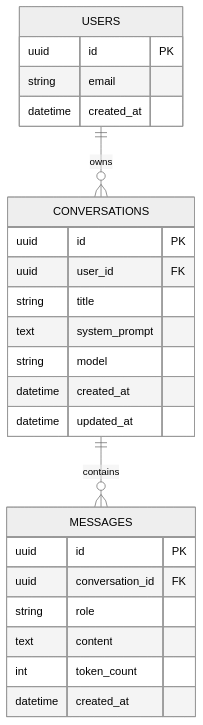
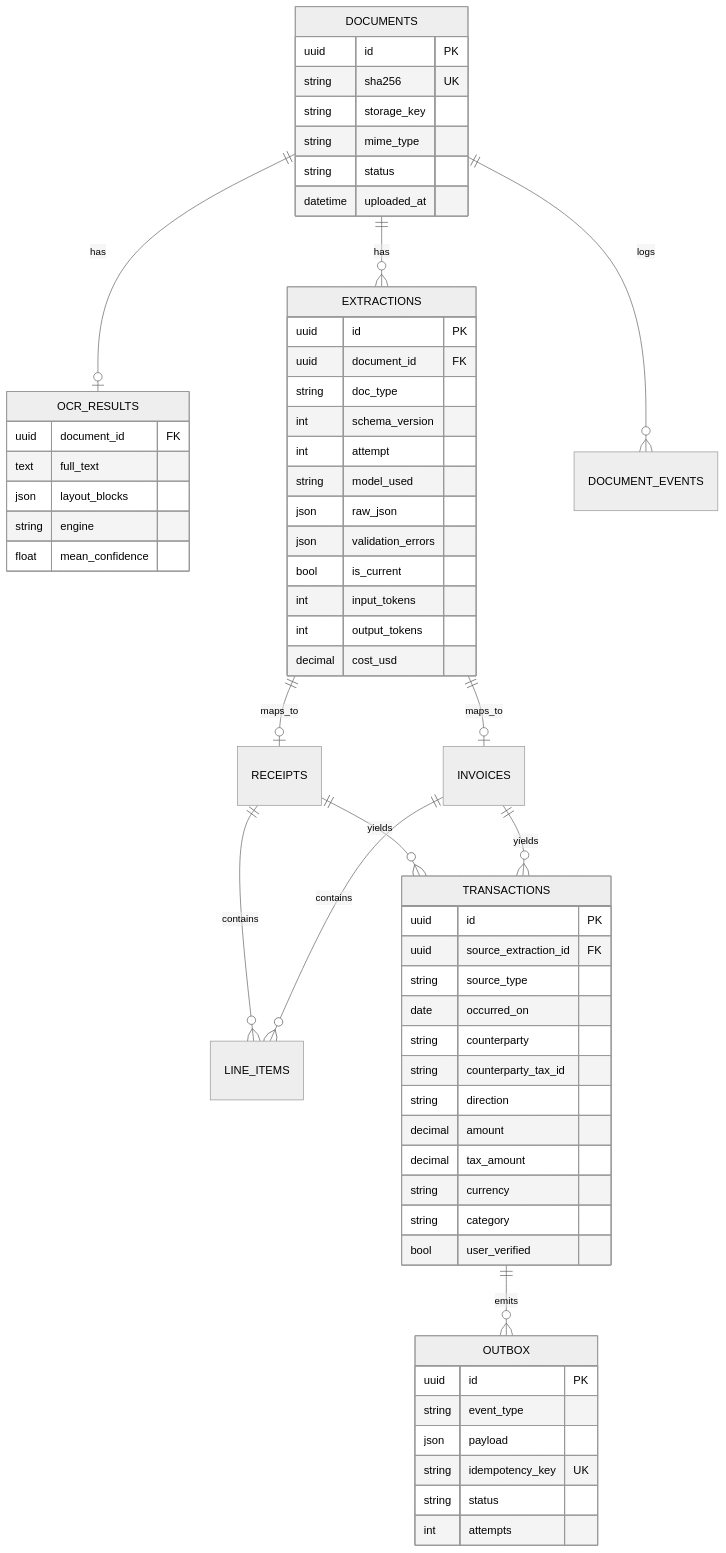
One commit to cgsellers/assistant changed the third of 3 diagrams in README.md. Above: the diagram before and after it, drawn with Mermaid (neutral theme). The commit also changed other lines of this file, not shown here.

````diff
--- a/README.md
+++ b/README.md
@@ -56,27 +109,65 @@
 ```mermaid
 erDiagram
-    USERS ||--o{ CONVERSATIONS : owns
-    CONVERSATIONS ||--o{ MESSAGES : contains
-    USERS {
+    DOCUMENTS ||--o| OCR_RESULTS : has
+    DOCUMENTS ||--o{ EXTRACTIONS : has
+    DOCUMENTS ||--o{ DOCUMENT_EVENTS : logs
+    EXTRACTIONS ||--o| RECEIPTS : maps_to
+    EXTRACTIONS ||--o| INVOICES : maps_to
+    RECEIPTS ||--o{ LINE_ITEMS : contains
+    INVOICES ||--o{ LINE_ITEMS : contains
+    RECEIPTS ||--o{ TRANSACTIONS : yields
+    INVOICES ||--o{ TRANSACTIONS : yields
+    TRANSACTIONS ||--o{ OUTBOX : emits
+
+    DOCUMENTS {
         uuid id PK
-        string email
-        datetime created_at
+        string sha256 UK
+        string storage_key
+        string mime_type
+        string status
+        datetime uploaded_at
     }
-    CONVERSATIONS {
+    OCR_RESULTS {
+        uuid document_id FK
+        text full_text
+        json layout_blocks
+        string engine
+        float mean_confidence
+    }
+    EXTRACTIONS {
         uuid id PK
-        uuid user_id FK
-        string title
-        text system_prompt
-        string model
-        datetime created_at
-        datetime updated_at
+        uuid document_id FK
+        string doc_type
+        int schema_version
+        int attempt
+        string model_used
+        json raw_json
+        json validation_errors
+        bool is_current
+        int input_tokens
+        int output_tokens
+        decimal cost_usd
     }
-    MESSAGES {
+    TRANSACTIONS {
         uuid id PK
-        uuid conversation_id FK
-        string role
-        text content
-        int token_count
-        datetime created_at
+        uuid source_extraction_id FK
+        string source_type
+        date occurred_on
+        string counterparty
+        string counterparty_tax_id
+        string direction
+        decimal amount
+        decimal tax_amount
+        string currency
+        string category
+        bool user_verified
+    }
+    OUTBOX {
+        uuid id PK
+        string event_type
+        json payload
+        string idempotency_key UK
+        string status
+        int attempts
     }
 ```
````
